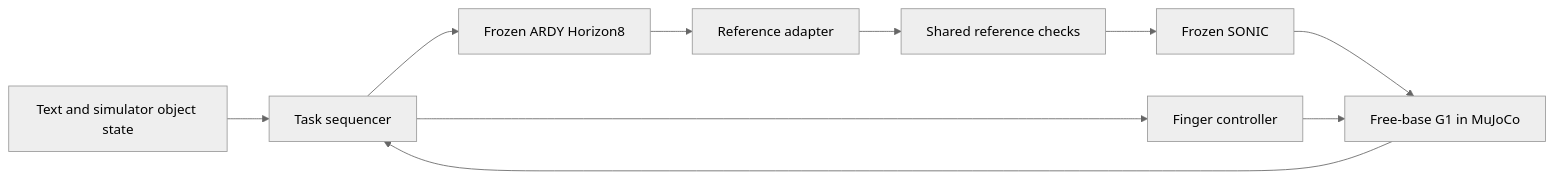
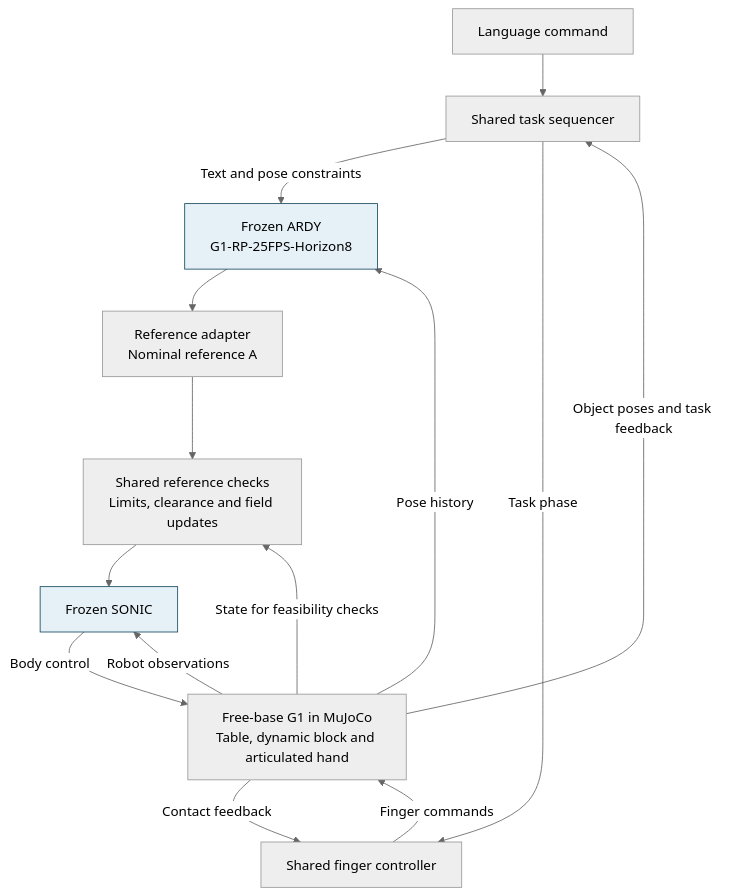
Before and after one commit to Peneplain/dl: the first of 2 diagrams in README.md, drawn with Mermaid (neutral theme). The commit also changed other lines of this file and 1 other file, not shown here.

````diff
--- a/README.md
+++ b/README.md
@@ -22,12 +29,19 @@
 ```mermaid
-flowchart LR
-    T[Text and simulator object state] --> Q[Task sequencer]
-    Q --> A[Frozen ARDY Horizon8]
-    A --> N[Reference adapter]
-    N --> C[Shared reference checks]
-    C --> S[Frozen SONIC]
-    S --> G[Free-base G1 in MuJoCo]
-    Q --> H[Finger controller]
-    H --> G
-    G --> Q
+flowchart TB
+    T["Language command"] --> Q["Shared task sequencer"]
+    Q -->|Text and pose constraints| A["Frozen ARDY<br/>G1-RP-25FPS-Horizon8"]
+    A --> N["Reference adapter<br/>Nominal reference A"]
+    N --> C["Shared reference checks<br/>Limits, clearance and field updates"]
+    C --> S["Frozen SONIC"]
+    S -->|Body control| G["Free-base G1 in MuJoCo<br/>Table, dynamic block and articulated hand"]
+    Q -->|Task phase| H["Shared finger controller"]
+    H -->|Finger commands| G
+    G -->|Object poses and task feedback| Q
+    G -->|Pose history| A
+    G -->|Contact feedback| H
+    G -->|Robot observations| S
+    G -->|State for feasibility checks| C
+
+    classDef frozen fill:#e6f1f7,stroke:#174b60;
+    class A,S frozen;
 ```
````
